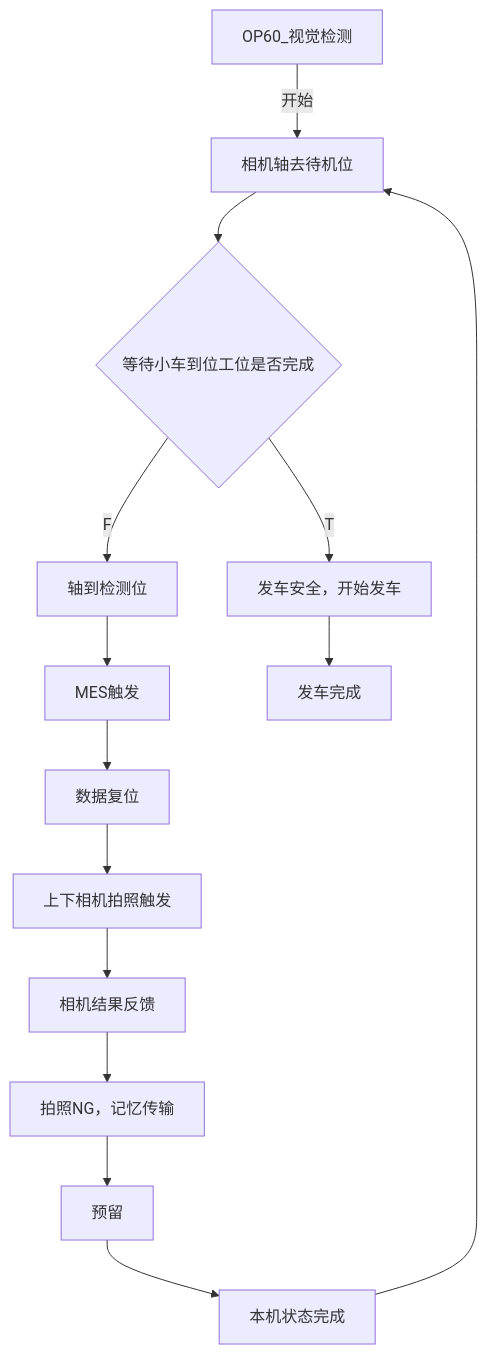
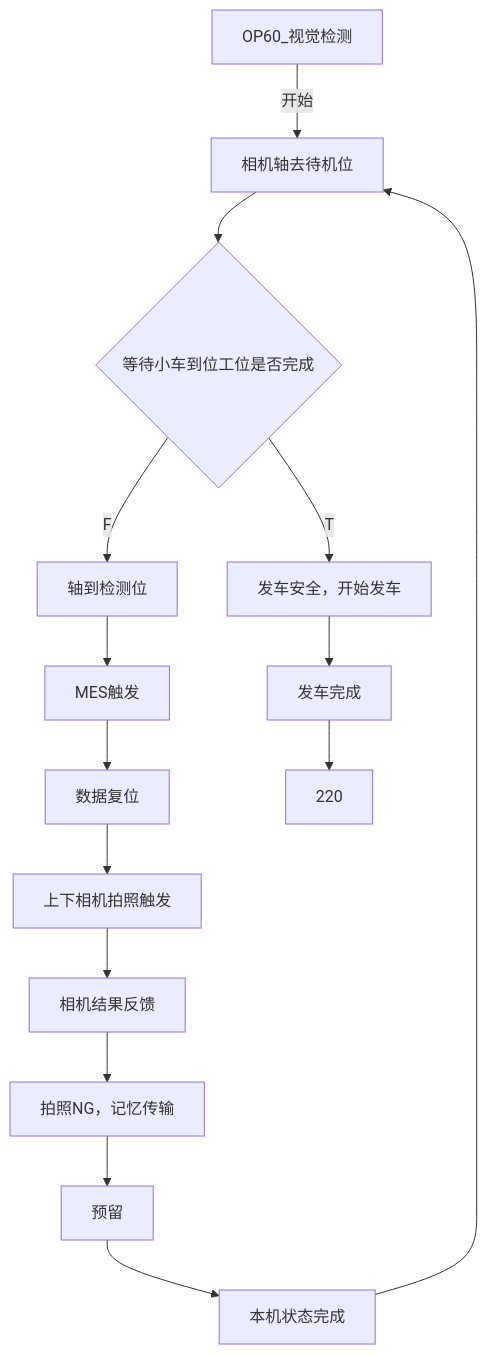
Before and after one commit to zmq000/iodraw-files: the diagram in all/未命名.md, drawn with Mermaid.

Commit message:
2026-06-17 14:36:49 update

````diff
--- a/all/未命名.md
+++ b/all/未命名.md
@@ -1,20 +1,21 @@
 ```mermaid
 graph TD
    0[OP60_视觉检测]-->|开始|10
    10[相机轴去待机位]-->20
    20{等待小车到位工位是否完成}-->|F|100
    20-->|T|200
    100[轴到检测位]-->105
    105[MES触发]-->110
    110[数据复位]-->120
    120[上下相机拍照触发]-->130
    130[相机结果反馈]-->140
    140[拍照NG，记忆传输]-->150
    150[预留]-->160
    160[本机状态完成]-->10
    200[发车安全，开始发车]-->210
-   210[发车完成]
+   210[发车完成]-->220
+   
 
 
    
 ```
````
